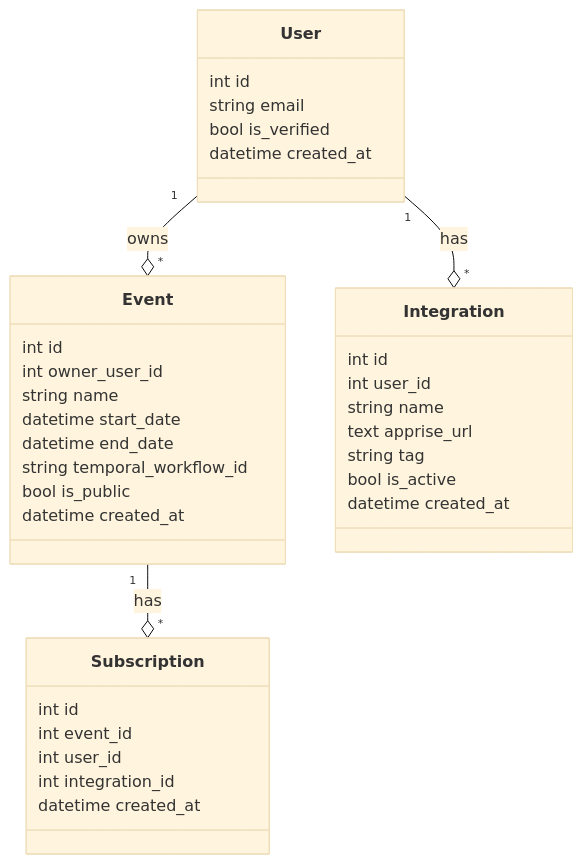
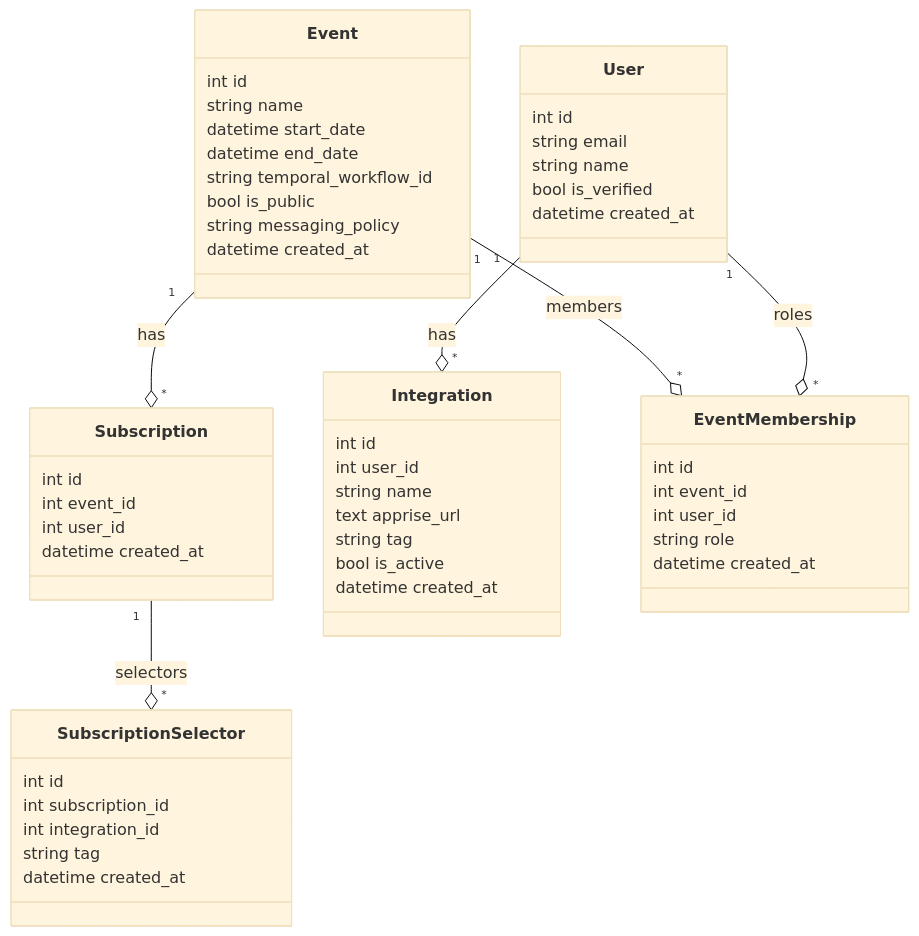
One commit to pypeaday/soonish changed the third of 11 diagrams in docs/reimplementation-plan.md. Above: the diagram before and after it, drawn with Mermaid (base theme). The commit also changed other lines of this file and 3 other files, not shown here.

````diff
--- a/docs/reimplementation-plan.md
+++ b/docs/reimplementation-plan.md
@@ -59,38 +90,54 @@
 ```mermaid
 classDiagram
   class User {
     int id
     string email
+    string name
     bool is_verified
     datetime created_at
   }
   class Event {
     int id
-    int owner_user_id
     string name
     datetime start_date
     datetime end_date
     string temporal_workflow_id
     bool is_public
+    string messaging_policy
     datetime created_at
   }
   class Subscription {
     int id
     int event_id
     int user_id
+    datetime created_at
+  }
+  class SubscriptionSelector {
+    int id
+    int subscription_id
     int integration_id
+    string tag
     datetime created_at
   }
   class Integration {
     int id
     int user_id
     string name
     text apprise_url
     string tag
     bool is_active
     datetime created_at
   }
-  User "1" --o "*" Event: owns
+  class EventMembership {
+    int id
+    int event_id
+    int user_id
+    string role
+    datetime created_at
+  }
   Event "1" --o "*" Subscription: has
+  Subscription "1" --o "*" SubscriptionSelector: selectors
   User "1" --o "*" Integration: has
+  Event "1" --o "*" EventMembership: members
+  User "1" --o "*" EventMembership: roles
 ```
````
